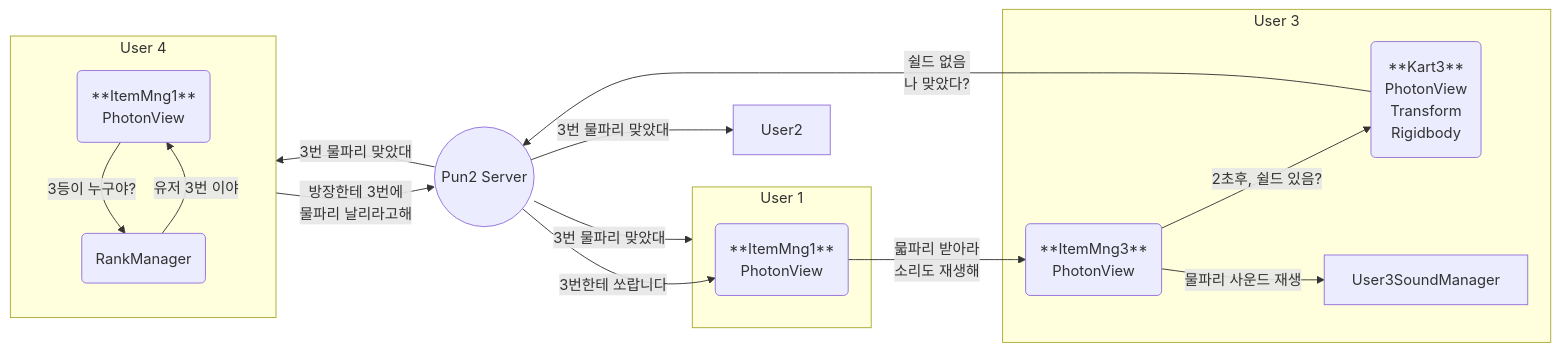
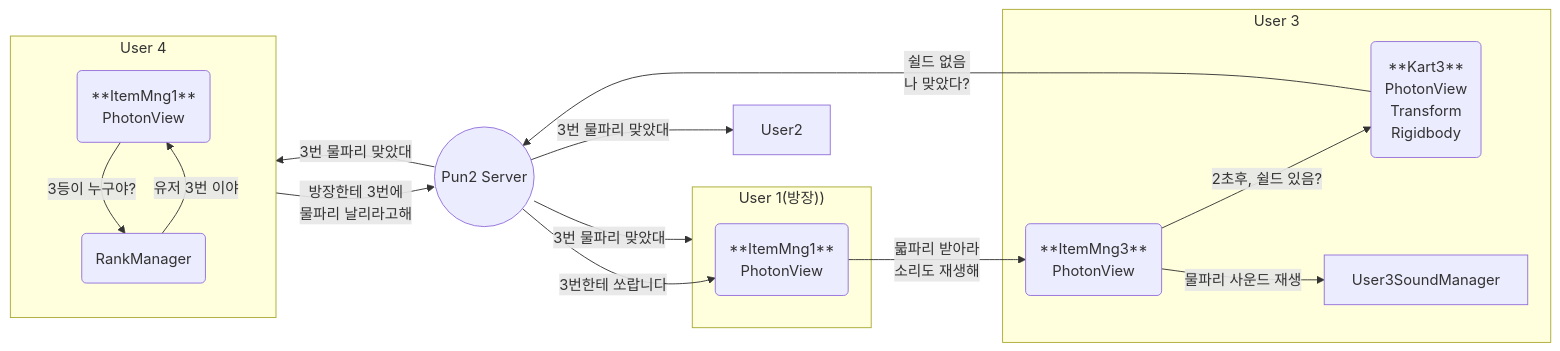
Before and after one commit to wooyou0044/NetworkProject_KartRider: the fourth of 5 diagrams in FlowChart.md, drawn with Mermaid.

Commit message:
fix : 방장 표기 추가

````diff
--- a/FlowChart.md
+++ b/FlowChart.md
@@ -128,32 +128,32 @@
 ```mermaid
 flowchart LR
 
-subgraph User1["User 1"]
+subgraph User1["User 1(방장))"]
 User1ItemManager("**ItemMng1**<br>PhotonView")
 end
 
 User2
 
 subgraph User3["User 3"]
 User3Kart("**Kart3**<br>PhotonView<br>Transform<br>Rigidbody")
 User3ItemManager("**ItemMng3**<br>PhotonView")
 User3SoundManager
 end
 
 subgraph User4["User 4"]
 User4ItemManager("**ItemMng1**<br>PhotonView")
 User4RankManager("RankManager")
 end
 
 User4ItemManager -- 3등이 누구야? --> User4RankManager
 User4RankManager -- 유저 3번 이야 --> User4ItemManager
 User4 -- 방장한테 3번에<br>물파리 날리라고해 --> Server(("Pun2 Server"))
 Server -- 3번한테 쏘랍니다 --> User1ItemManager
 User1ItemManager -- 묿파리 받아라<br>소리도 재생해 --> User3ItemManager
 User3ItemManager -- 2초후, 쉴드 있음? --> User3Kart
 User3ItemManager -- 물파리 사운드 재생 --> User3SoundManager
 User3Kart -- 쉴드 없음<br>나 맞았다? --> Server
 Server -- 3번 물파리 맞았대 --> User1
 Server -- 3번 물파리 맞았대 --> User2
 Server -- 3번 물파리 맞았대 --> User4
 ```
````
